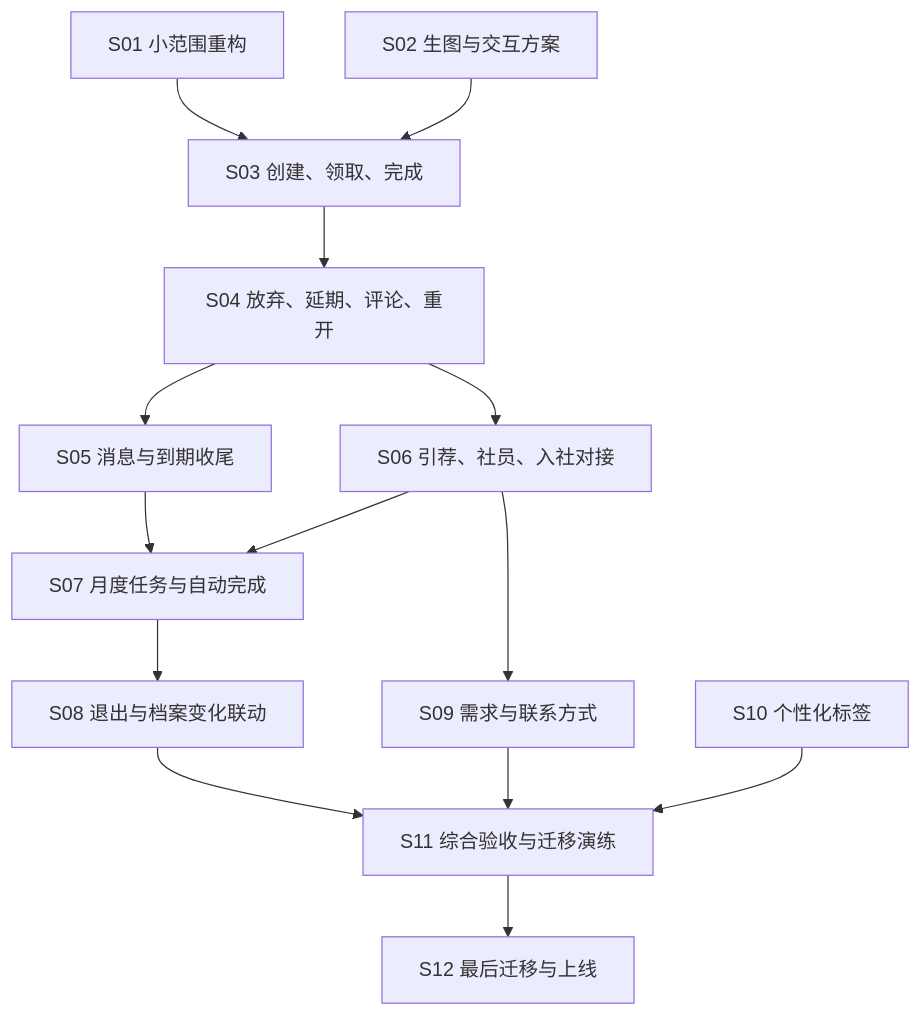
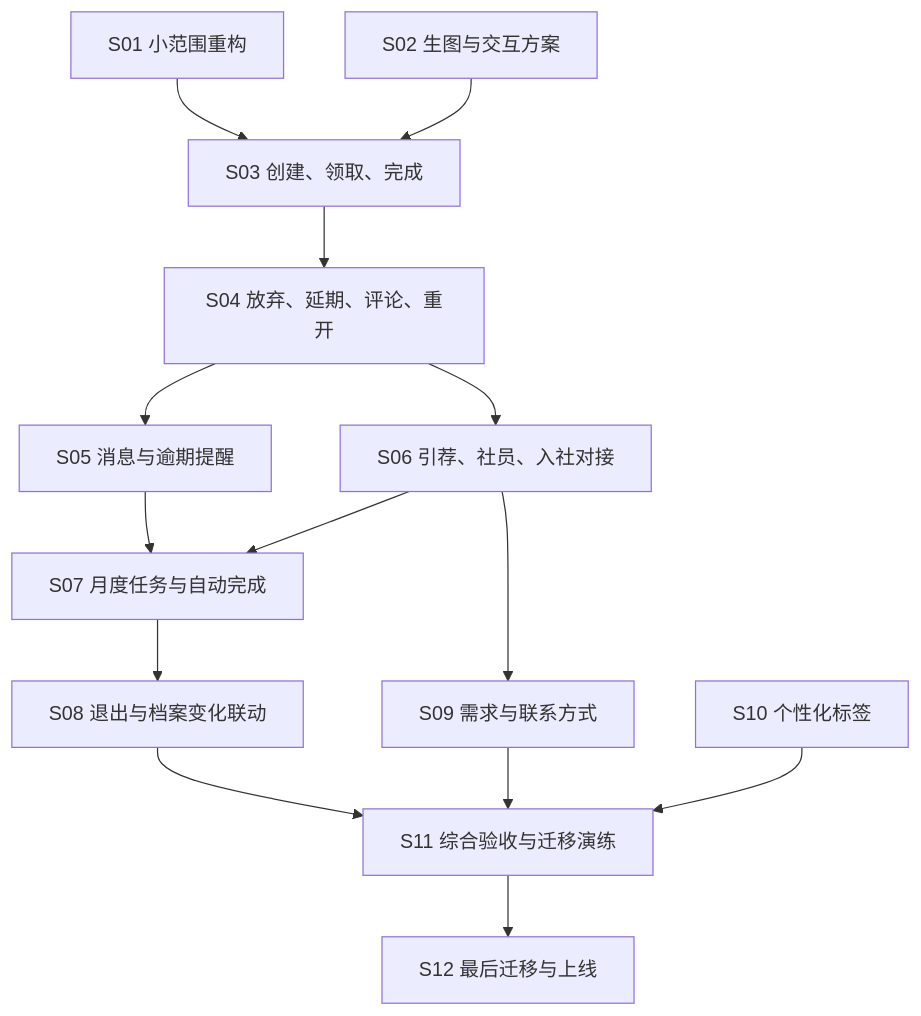
The diagram in docs/releases/1.0.0/README.md (BreakfastDaPaiDang/commie-talent-scout), drawn with Mermaid before and after one commit. The commit also changed other lines of this file and 4 other files, not shown here.

````diff
--- a/docs/releases/1.0.0/README.md
+++ b/docs/releases/1.0.0/README.md
@@ -65,16 +65,16 @@
 ```mermaid
 flowchart TD
   S01["S01 小范围重构"] --> S03["S03 创建、领取、完成"]
   S02["S02 生图与交互方案"] --> S03
   S03 --> S04["S04 放弃、延期、评论、重开"]
-  S04 --> S05["S05 消息与到期收尾"]
+  S04 --> S05["S05 消息与逾期提醒"]
   S04 --> S06["S06 引荐、社员、入社对接"]
   S05 --> S07["S07 月度任务与自动完成"]
   S06 --> S07
   S07 --> S08["S08 退出与档案变化联动"]
   S06 --> S09["S09 需求与联系方式"]
   S08 --> S11["S11 综合验收与迁移演练"]
   S09 --> S11
   S10["S10 个性化标签"] --> S11
   S11 --> S12["S12 最后迁移与上线"]
 ```
````
